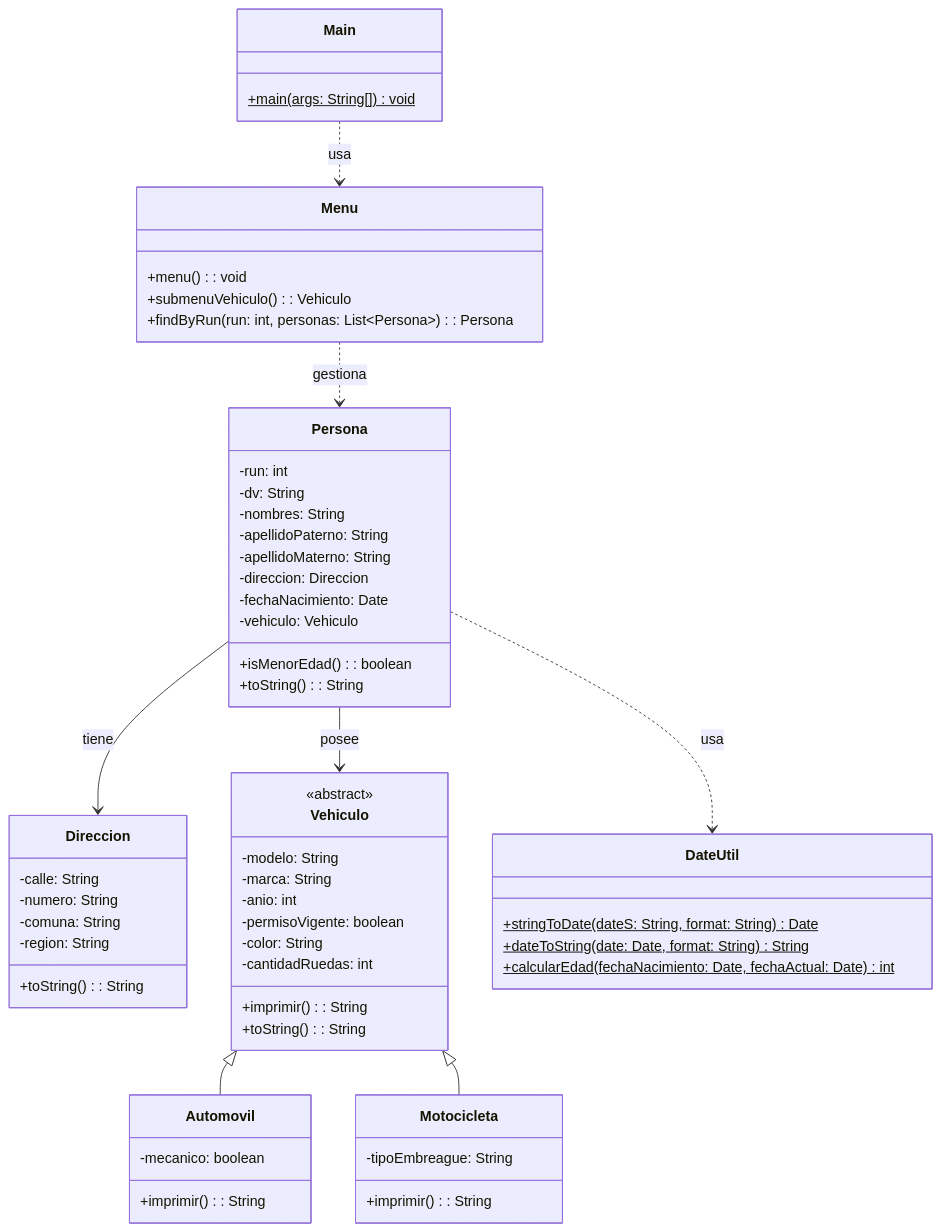
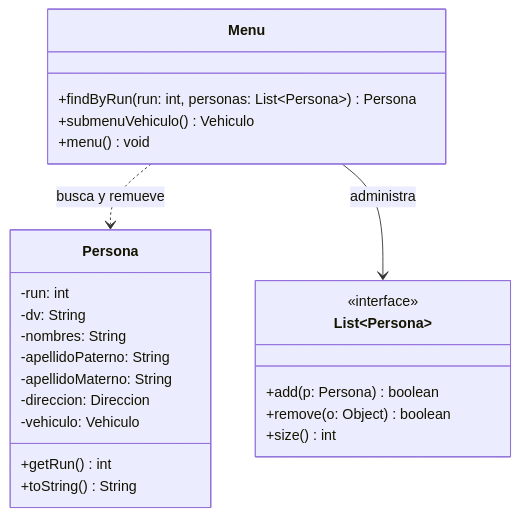
The second of 3 diagrams in 14/README.md (elprofecarreno/poo-fundaments), drawn with Mermaid before and after one commit. The commit also changed other lines of this file and 15 other files, not shown here.

````diff
--- a/14/README.md
+++ b/14/README.md
@@ -11,69 +71,30 @@
 ```mermaid
 classDiagram
-    class Main {
-        +main(args: String[])$ void
+    class Menu {
+        +findByRun(run: int, personas: List~Persona~) Persona
+        +submenuVehiculo() Vehiculo
+        +menu() void
     }
 
-    class Menu {
-        +menu(): void
-        +submenuVehiculo(): Vehiculo
-        +findByRun(run: int, personas: List~Persona~): Persona
+    class List~Persona~ {
+        <<interface>>
+        +add(p: Persona) boolean
+        +remove(o: Object) boolean
+        +size() int
     }
 
     class Persona {
         -run: int
         -dv: String
         -nombres: String
         -apellidoPaterno: String
         -apellidoMaterno: String
         -direccion: Direccion
-        -fechaNacimiento: Date
         -vehiculo: Vehiculo
-        +isMenorEdad(): boolean
-        +toString(): String
+        +getRun() int
+        +toString() String
     }
 
-    class Direccion {
-        -calle: String
-        -numero: String
-        -comuna: String
-        -region: String
-        +toString(): String
-    }
-
-    class Vehiculo {
-        <<abstract>>
-        -modelo: String
-        -marca: String
-        -anio: int
-        -permisoVigente: boolean
-        -color: String
-        -cantidadRuedas: int
-        +imprimir(): String
-        +toString(): String
-    }
-
-    class Automovil {
-        -mecanico: boolean
-        +imprimir(): String
-    }
-
-    class Motocicleta {
-        -tipoEmbreague: String
-        +imprimir(): String
-    }
-
-    class DateUtil {
-        +stringToDate(dateS: String, format: String)$ Date
-        +dateToString(date: Date, format: String)$ String
-        +calcularEdad(fechaNacimiento: Date, fechaActual: Date)$ int
-    }
-
-    Vehiculo <|-- Automovil
-    Vehiculo <|-- Motocicleta
-    Persona --> Direccion : tiene
-    Persona --> Vehiculo : posee
-    Main ..> Menu : usa
-    Menu ..> Persona : gestiona
-    Persona ..> DateUtil : usa
+    Menu ..> Persona : busca y remueve
+    Menu --> List~Persona~ : administra
 ```
````
